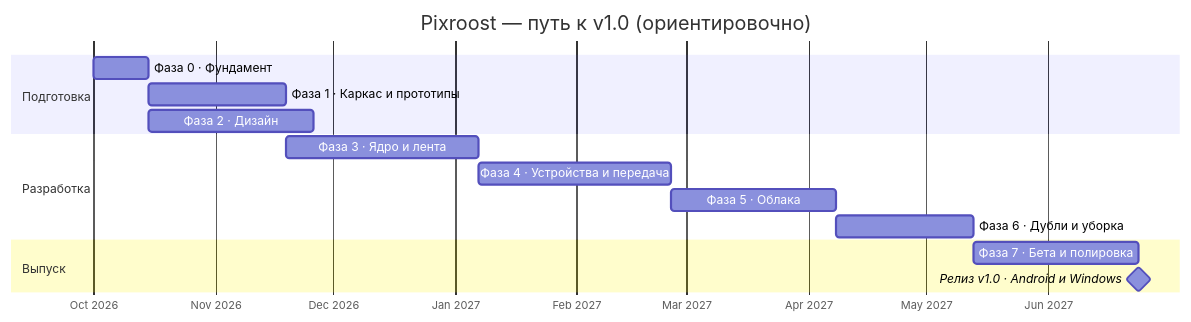
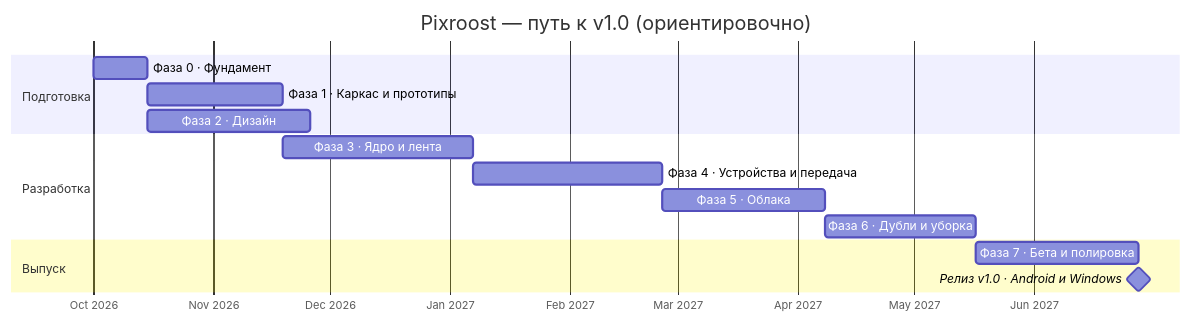
The diagram in docs/roadmap.md (intelbetteramd-sys/pixroost), drawn with Mermaid before and after one commit. The commit also changed other lines of this file and 12 other files, not shown here.

````diff
--- a/docs/roadmap.md
+++ b/docs/roadmap.md
@@ -16,18 +16,18 @@
 ```mermaid
 gantt
   title Pixroost — путь к v1.0 (ориентировочно)
   dateFormat YYYY-MM-DD
   axisFormat %b %Y
   section Подготовка
   Фаза 0 · Фундамент              :p0, 2026-10-01, 14d
   Фаза 1 · Каркас и прототипы     :p1, after p0, 35d
   Фаза 2 · Дизайн                 :p2, after p0, 42d
   section Разработка
   Фаза 3 · Ядро и лента           :p3, after p1, 49d
   Фаза 4 · Устройства и передача  :p4, after p3, 49d
   Фаза 5 · Облака                 :p5, after p4, 42d
-  Фаза 6 · Дубли и уборка         :p6, after p5, 35d
+  Фаза 6 · Дубли и уборка         :p6, after p5, 39d
   section Выпуск
   Фаза 7 · Бета и полировка       :p7, after p6, 42d
   Релиз v1.0 · Android и Windows  :milestone, after p7, 0d
 ```
````
